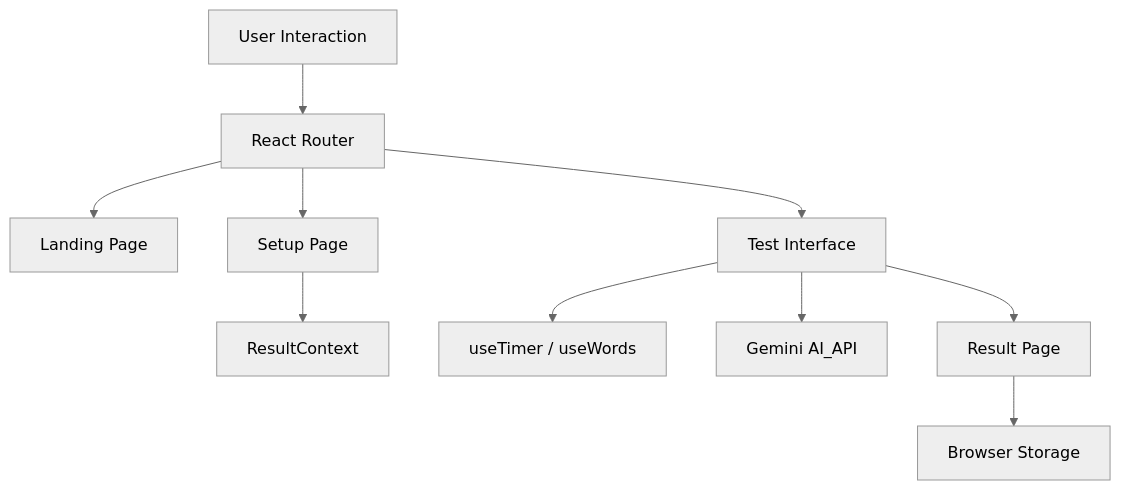
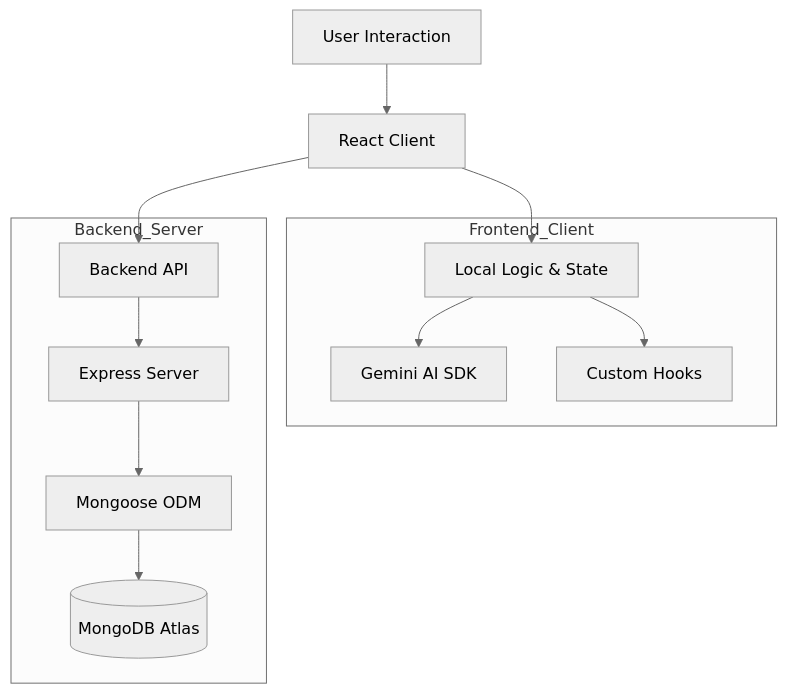
One commit to codeX-pratik/TypeSprint changed the diagram in docs/PRESENTATION.md. Above: the diagram before and after it, drawn with Mermaid (neutral theme). The commit also changed other lines of this file and 41 other files, not shown here.

````diff
--- a/docs/PRESENTATION.md
+++ b/docs/PRESENTATION.md
@@ -27,14 +26,17 @@
 ```mermaid
 graph TD
-    User[User Interaction] --> Router[React Router]
-    Router --> Landing[Landing Page]
-    Router --> Setup[Setup Page]
-    Router --> Test[Test Interface]
+    User[User Interaction] --> Client[React Client]
+    Client --> Local[Local Logic & State]
+    Client --> API[Backend API]
     
-    Setup --> Context[ResultContext]
-    Test --> CustomHooks[useTimer / useWords]
-    Test --> Gemini[Gemini AI_API]
+    subgraph Frontend_Client
+        Local --> Gemini[Gemini AI SDK]
+        Local --> Hooks[Custom Hooks]
+    end
     
-    Test --> Results[Result Page]
-    Results --> LocalStorage[Browser Storage]
+    subgraph Backend_Server
+        API --> Express[Express Server]
+        Express --> Mongoose[Mongoose ODM]
+        Mongoose --> MongoDB[(MongoDB Atlas)]
+    end
 ```
````
